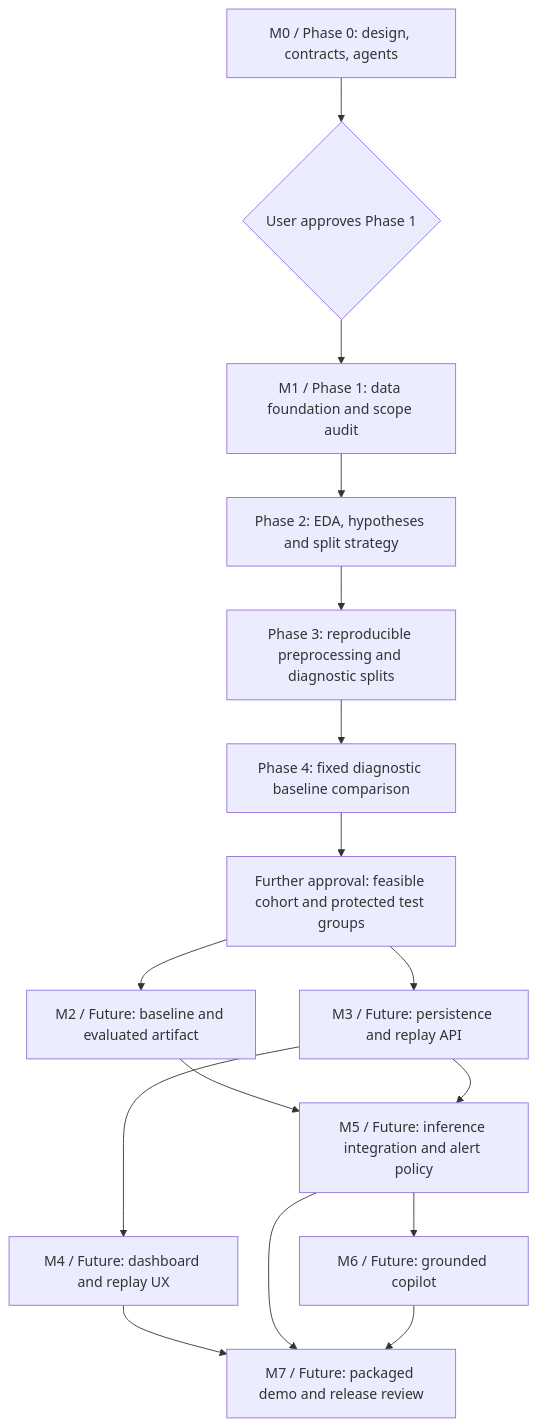
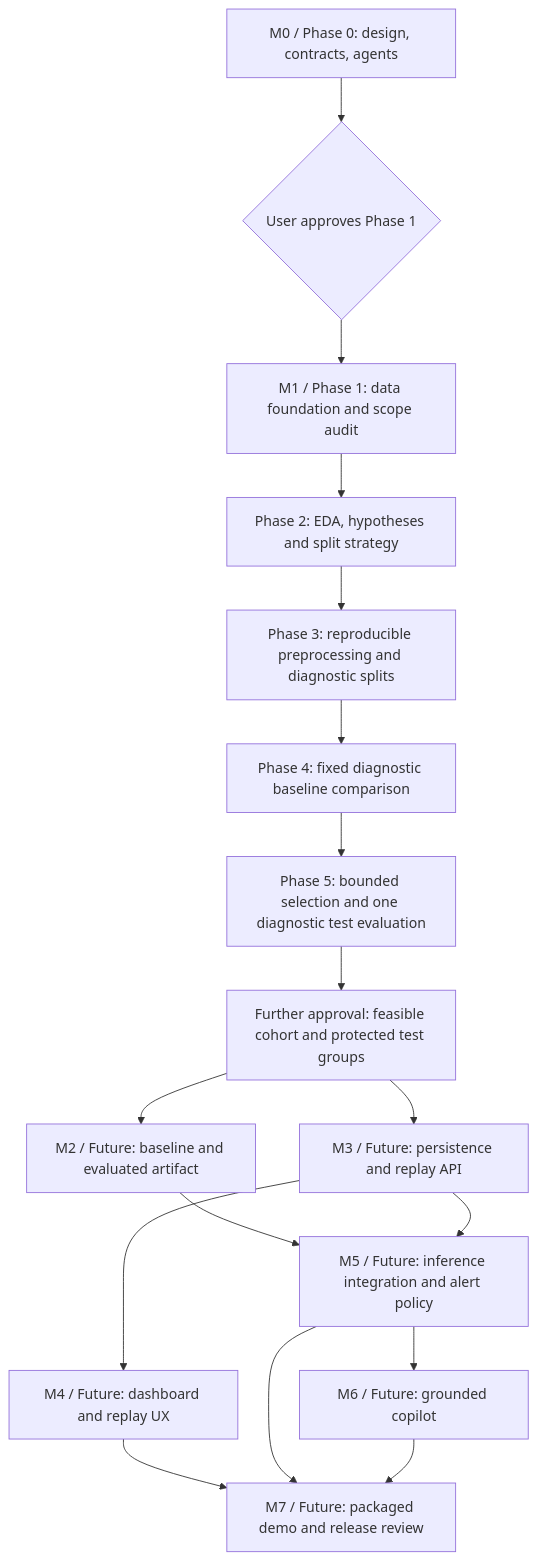
Before and after one commit to MereyIssenbay/oilwell-ai: the diagram in docs/ROADMAP.md, drawn with Mermaid. The commit also changed other lines of this file and 31 other files, not shown here.

````diff
--- a/docs/ROADMAP.md
+++ b/docs/ROADMAP.md
@@ -15,18 +17,19 @@
 ```mermaid
 flowchart TD
     M0["M0 / Phase 0: design, contracts, agents"] --> G1{"User approves Phase 1"}
     G1 --> M1["M1 / Phase 1: data foundation and scope audit"]
     M1 --> E2["Phase 2: EDA, hypotheses and split strategy"]
     E2 --> P3["Phase 3: reproducible preprocessing and diagnostic splits"]
     P3 --> B4["Phase 4: fixed diagnostic baseline comparison"]
-    B4 --> COHORT["Further approval: feasible cohort and protected test groups"]
+    B4 --> E5["Phase 5: bounded selection and one diagnostic test evaluation"]
+    E5 --> COHORT["Further approval: feasible cohort and protected test groups"]
     COHORT --> M2["M2 / Future: baseline and evaluated artifact"]
     COHORT --> M3["M3 / Future: persistence and replay API"]
     M3 --> M4["M4 / Future: dashboard and replay UX"]
     M2 --> M5["M5 / Future: inference integration and alert policy"]
     M3 --> M5
     M5 --> M6["M6 / Future: grounded copilot"]
     M4 --> M7["M7 / Future: packaged demo and release review"]
     M5 --> M7
     M6 --> M7
 ```
````
